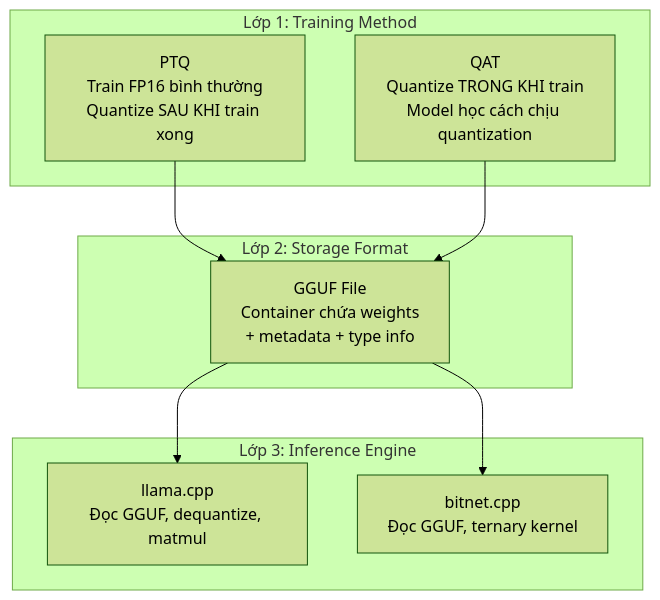
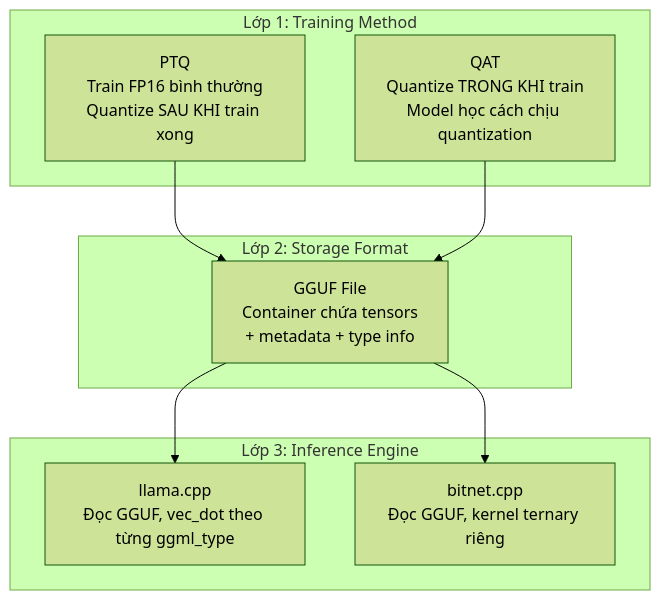
Before and after one commit to tuandung222/llama-cpp-architecture-lectures: the first of 2 diagrams in docs/theory_deep_dive/theory_8_qat_ptq_convergence.md, drawn with Mermaid (forest theme). The commit also changed other lines of this file and 25 other files, not shown here.

````diff
--- a/docs/theory_deep_dive/theory_8_qat_ptq_convergence.md
+++ b/docs/theory_deep_dive/theory_8_qat_ptq_convergence.md
@@ -14,18 +14,18 @@
 ```mermaid
 graph TD
     subgraph "Lớp 1: Training Method"
         PTQ["PTQ\nTrain FP16 bình thường\nQuantize SAU KHI train xong"]
         QAT["QAT\nQuantize TRONG KHI train\nModel học cách chịu quantization"]
     end
     subgraph "Lớp 2: Storage Format"
-        GGUF["GGUF File\nContainer chứa weights\n+ metadata + type info"]
+        GGUF["GGUF File\nContainer chứa tensors\n+ metadata + type info"]
     end
     subgraph "Lớp 3: Inference Engine"
-        LLAMA["llama.cpp\nĐọc GGUF, dequantize, matmul"]
-        BITNET["bitnet.cpp\nĐọc GGUF, ternary kernel"]
+        LLAMA["llama.cpp\nĐọc GGUF, vec_dot theo từng ggml_type"]
+        BITNET["bitnet.cpp\nĐọc GGUF, kernel ternary riêng"]
     end
     PTQ --> GGUF
     QAT --> GGUF
     GGUF --> LLAMA
     GGUF --> BITNET
 ```
````
